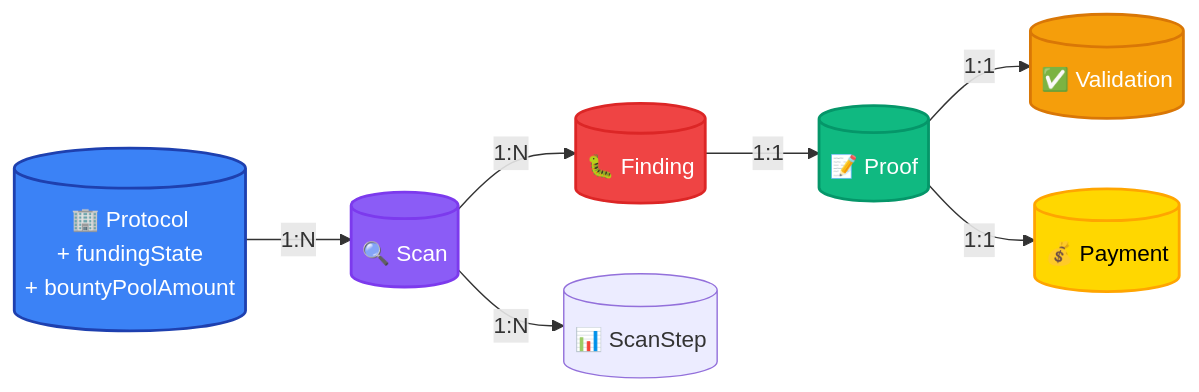
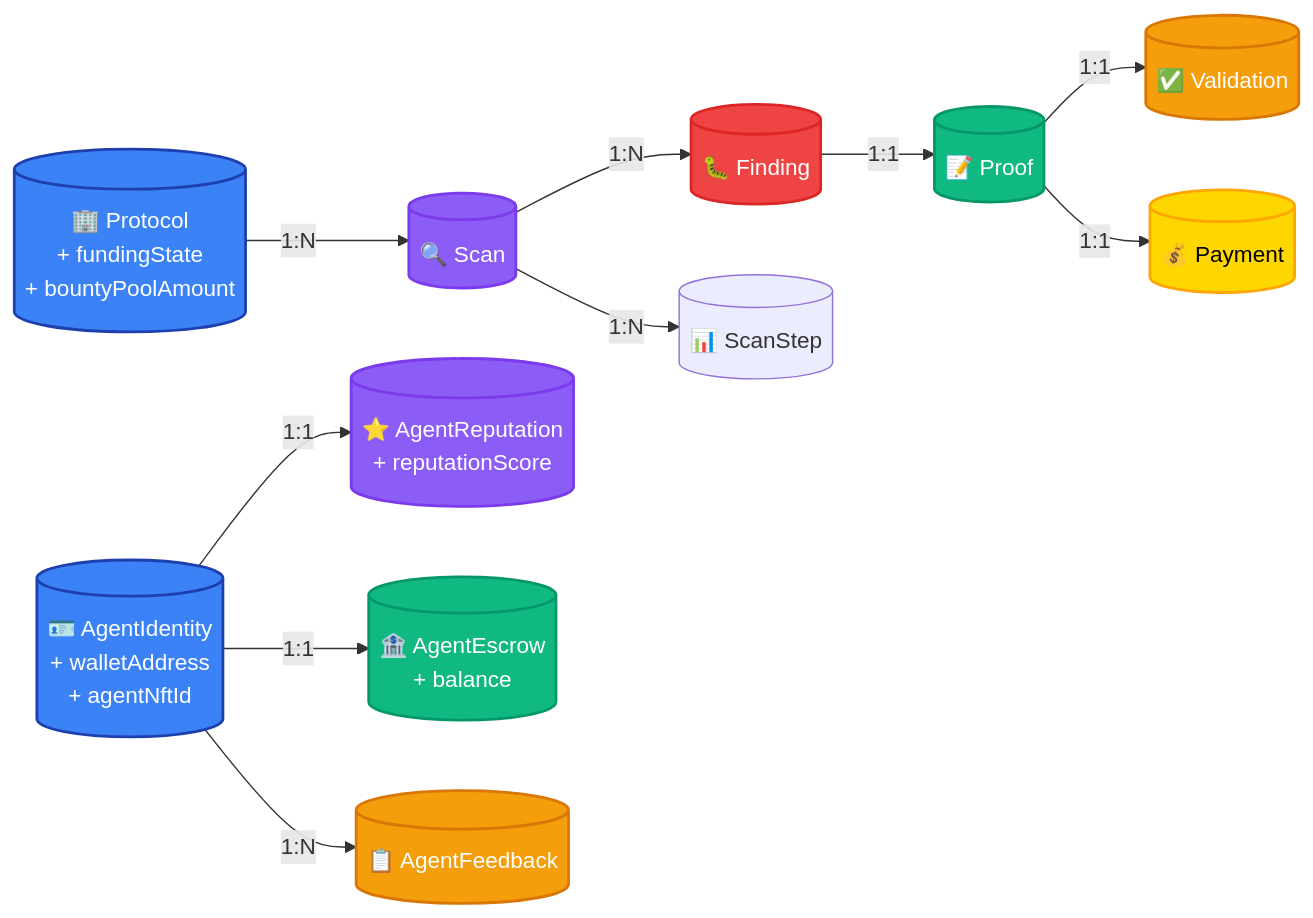
Before and after one commit to jul1angr1s/AI_Bug_Bountry_App: the eighth of 11 diagrams in README.md, drawn with Mermaid. The commit also changed other lines of this file and 2 other files, not shown here.

First line of the commit message:
docs: update READMEs with ERC-8004 agent economy and x.402 payment gating

````diff
--- a/README.md
+++ b/README.md
@@ -557,24 +601,36 @@
 ```mermaid
 graph LR
     Protocol[(🏢 Protocol<br/>+ fundingState<br/>+ bountyPoolAmount)]
     Scan[(🔍 Scan)]
     Finding[(🐛 Finding)]
     Proof[(📝 Proof)]
     Validation[(✅ Validation)]
     Payment[(💰 Payment)]
     ScanStep[(📊 ScanStep)]
+    Agent[(🪪 AgentIdentity<br/>+ walletAddress<br/>+ agentNftId)]
+    Rep[(⭐ AgentReputation<br/>+ reputationScore)]
+    Escrow[(🏦 AgentEscrow<br/>+ balance)]
+    Feedback[(📋 AgentFeedback)]
 
     Protocol -->|1:N| Scan
     Scan -->|1:N| Finding
     Scan -->|1:N| ScanStep
     Finding -->|1:1| Proof
     Proof -->|1:1| Validation
     Proof -->|1:1| Payment
 
+    Agent -->|1:1| Rep
+    Agent -->|1:1| Escrow
+    Agent -->|1:N| Feedback
+
     style Protocol fill:#3B82F6,stroke:#1E40AF,stroke-width:2px,color:#fff
     style Scan fill:#8B5CF6,stroke:#7C3AED,stroke-width:2px,color:#fff
     style Finding fill:#EF4444,stroke:#DC2626,stroke-width:2px,color:#fff
     style Proof fill:#10B981,stroke:#059669,stroke-width:2px,color:#fff
     style Validation fill:#F59E0B,stroke:#D97706,stroke-width:2px,color:#fff
     style Payment fill:#FFD700,stroke:#FFA500,stroke-width:2px,color:#000
+    style Agent fill:#3B82F6,stroke:#1E40AF,stroke-width:2px,color:#fff
+    style Rep fill:#8B5CF6,stroke:#7C3AED,stroke-width:2px,color:#fff
+    style Escrow fill:#10B981,stroke:#059669,stroke-width:2px,color:#fff
+    style Feedback fill:#F59E0B,stroke:#D97706,stroke-width:2px,color:#fff
 ```
````
